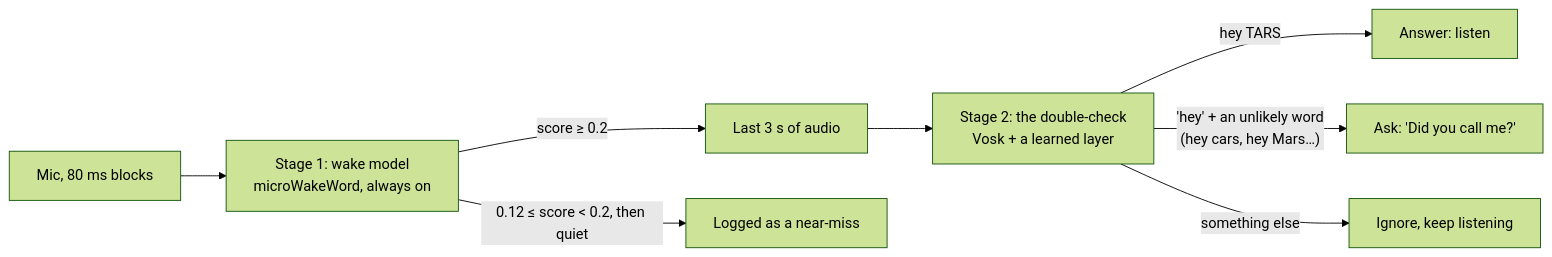
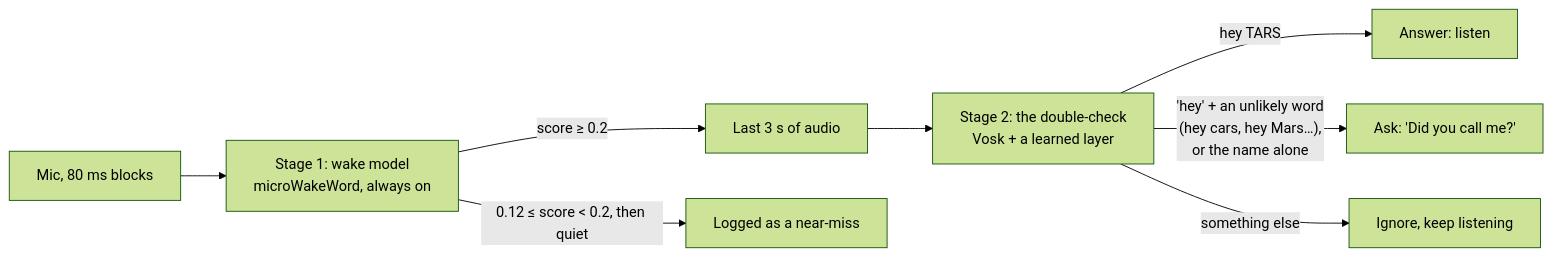
The diagram in docs/wake-word.md (alon-pilosoph/tars), drawn with Mermaid (forest theme) before and after one commit. The commit also changed other lines of this file and 8 other files, not shown here.

````diff
--- a/docs/wake-word.md
+++ b/docs/wake-word.md
@@ -30,10 +30,10 @@
 ```mermaid
 flowchart LR
     mic[Mic, 80 ms blocks] --> s1["Stage 1: wake model<br/>microWakeWord, always on"]
     s1 -- "score ≥ 0.2" --> win["Last 3 s of audio"]
     s1 -- "0.12 ≤ score < 0.2, then quiet" --> near["Logged as a near-miss"]
     win --> s2["Stage 2: the double-check<br/>Vosk + a learned layer"]
     s2 -- "hey TARS" --> answer["Answer: listen"]
-    s2 -- "'hey' + an unlikely word<br/>(hey cars, hey Mars…)" --> ask["Ask: 'Did you call me?'"]
+    s2 -- "'hey' + an unlikely word<br/>(hey cars, hey Mars…),<br/>or the name alone" --> ask["Ask: 'Did you call me?'"]
     s2 -- "something else" --> ignore["Ignore, keep listening"]
 ```
````
